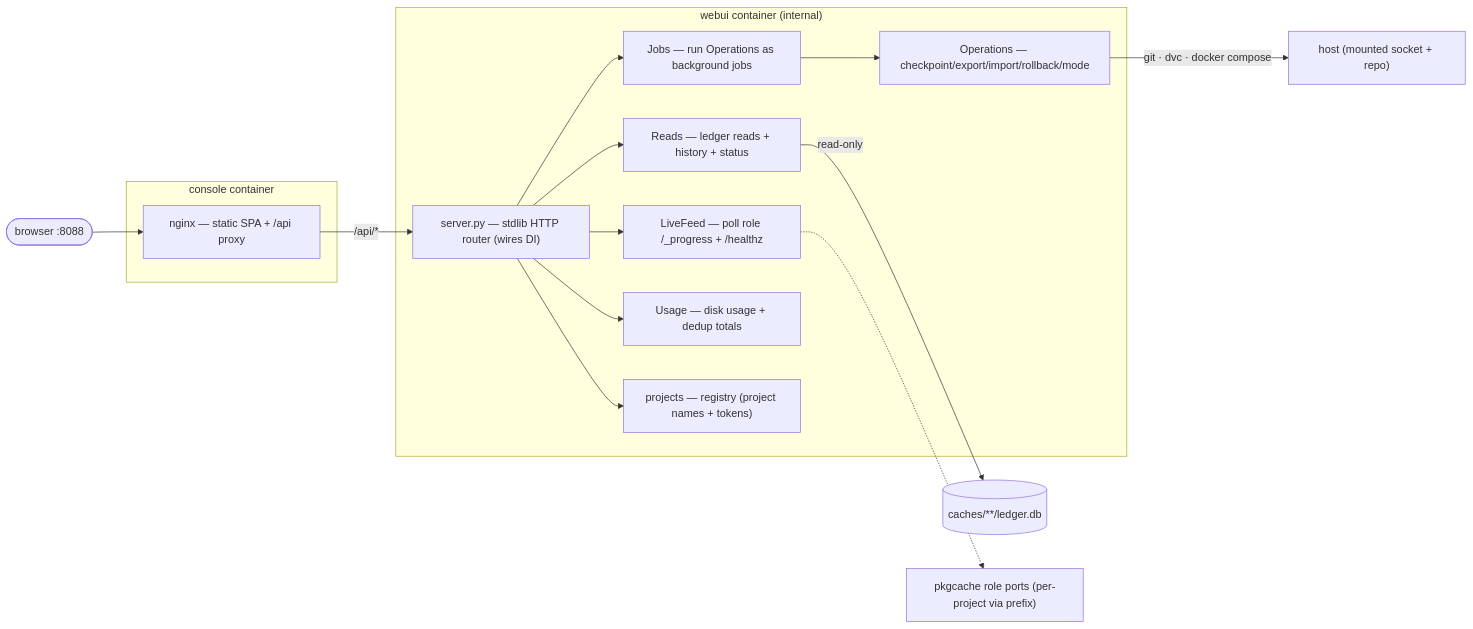
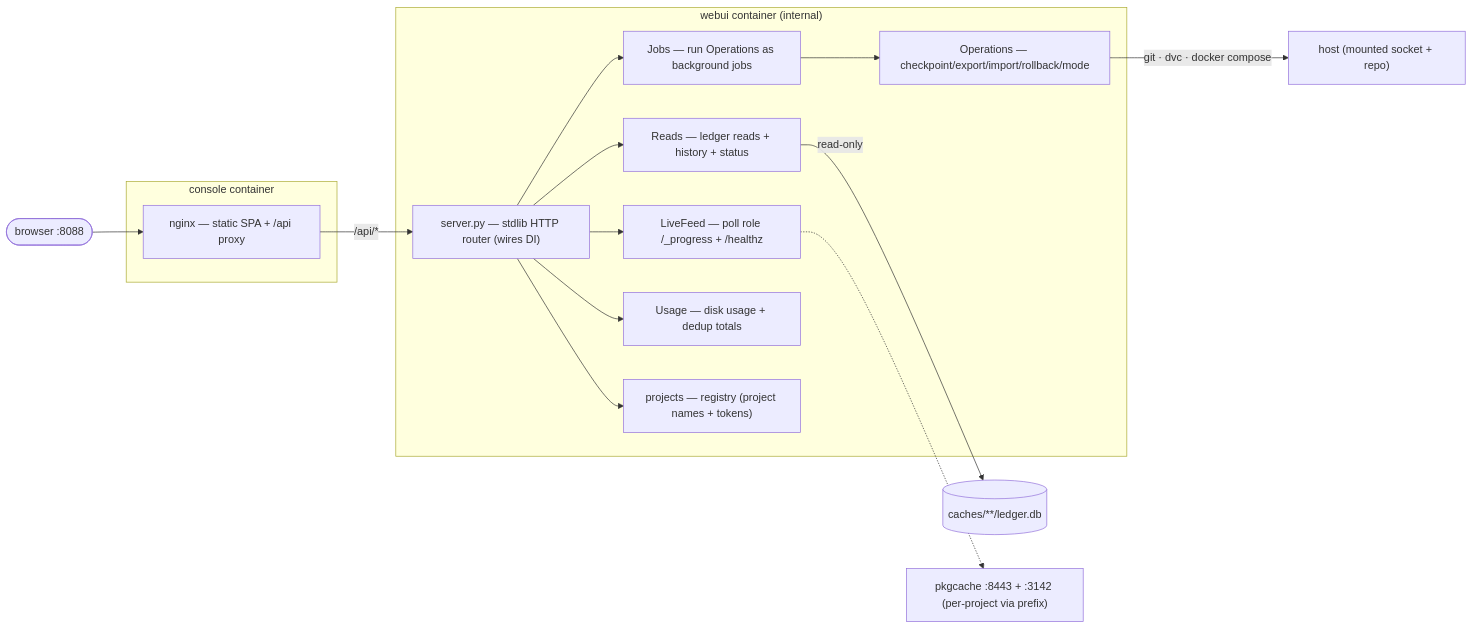
Before and after one commit to aabdlwahab/PKGCache: the seventh of 7 diagrams in README.md, drawn with Mermaid. The commit also changed other lines of this file and 4 other files, not shown here.

````diff
--- a/README.md
+++ b/README.md
@@ -629,22 +651,22 @@
 ```mermaid
 flowchart LR
   browser(["browser :8088"]) --> nginx
   subgraph consoleC["console container"]
     nginx["nginx — static SPA + /api proxy"]
   end
   subgraph webuiC["webui container (internal)"]
     api["server.py — stdlib HTTP router (wires DI)"]
     reads["Reads — ledger reads + history + status"]
     live["LiveFeed — poll role /_progress + /healthz"]
     jobs["Jobs — run Operations as background jobs"]
     ops["Operations — checkpoint/export/import/rollback/mode"]
     usage["Usage — disk usage + dedup totals"]
     proj["projects — registry (project names + tokens)"]
   end
   nginx -->|"/api/*"| api
   api --> reads & live & jobs & usage & proj
   jobs --> ops
   reads -->|"read-only"| ledgers[("caches/**/ledger.db")]
-  live -.-> roles["pkgcache role ports (per-project via prefix)"]
+  live -.-> roles["pkgcache :8443 + :3142 (per-project via prefix)"]
   ops -->|"git · dvc · docker compose"| host["host (mounted socket + repo)"]
 ```
````
